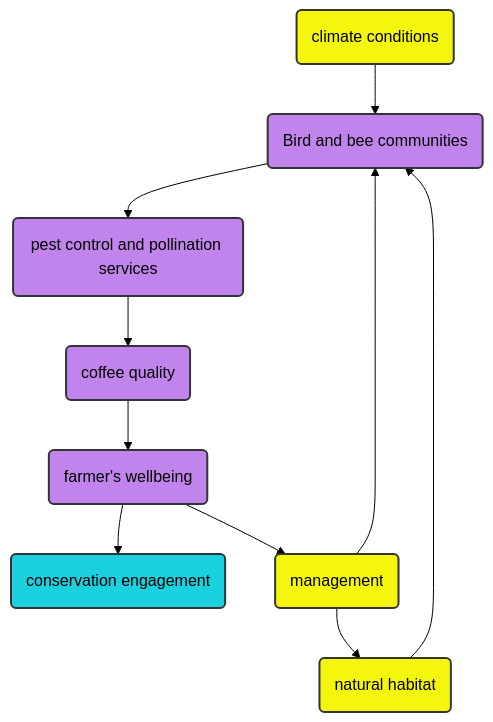
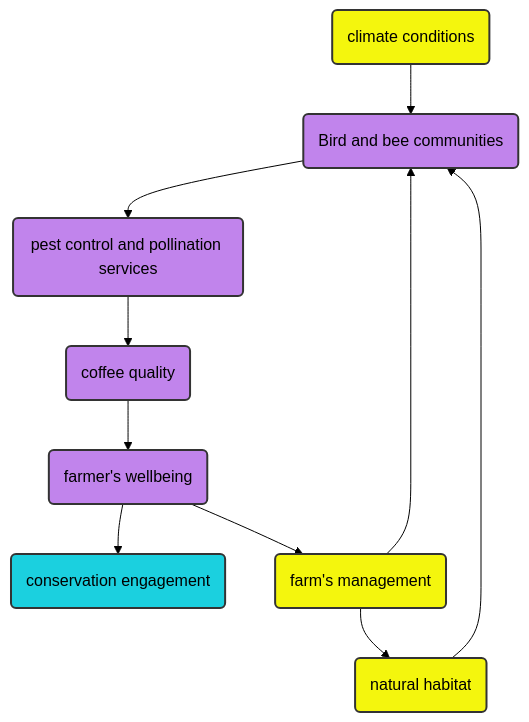
Before and after one commit to naristiz/compbio: the diagram in path_diagram_and_pre_graph.md, drawn with Mermaid (forest theme). The commit also changed 2 other files, not shown here.

Commit message:
changed text for pre graphs

````diff
--- a/path_diagram_and_pre_graph.md
+++ b/path_diagram_and_pre_graph.md
@@ -1,21 +1,21 @@
 ```mermaid
 graph TB
 A(climate conditions) --> D(Bird and bee communities)
-B(management) --> D
+B(farm's management) --> D
 C(natural habitat) --> D
 D --> E(pest control and pollination services)
 E --> F(coffee quality)
 F --> G(farmer's wellbeing)
 G --> H(conservation engagement)
 G --> B 
 B --> C
 
 style A fill:#f4f60d,stroke:#333,stroke-width:2px;
 style B fill:#f4f60d,stroke:#333,stroke-width:2px;
 style C fill:#f4f60d,stroke:#333,stroke-width:2px;
 style D fill:#c184ec,stroke:#333,stroke-width:2px;
 style F fill:#c184ec,stroke:#333,stroke-width:2px;
 style E fill:#c184ec,stroke:#333,stroke-width:2px;
 style G fill:#c184ec,stroke:#333,stroke-width:2px;
 style H fill:#1bd0df,stroke:#333,stroke-width:2px;
 ```
````
